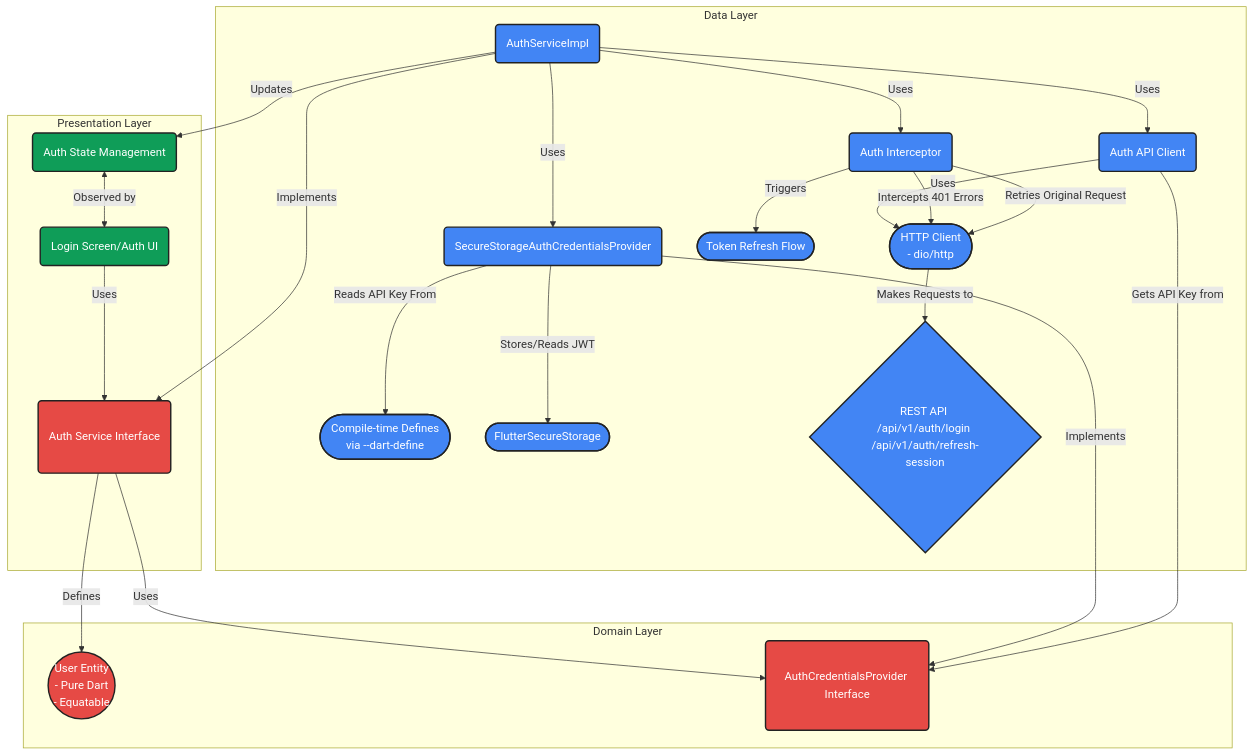
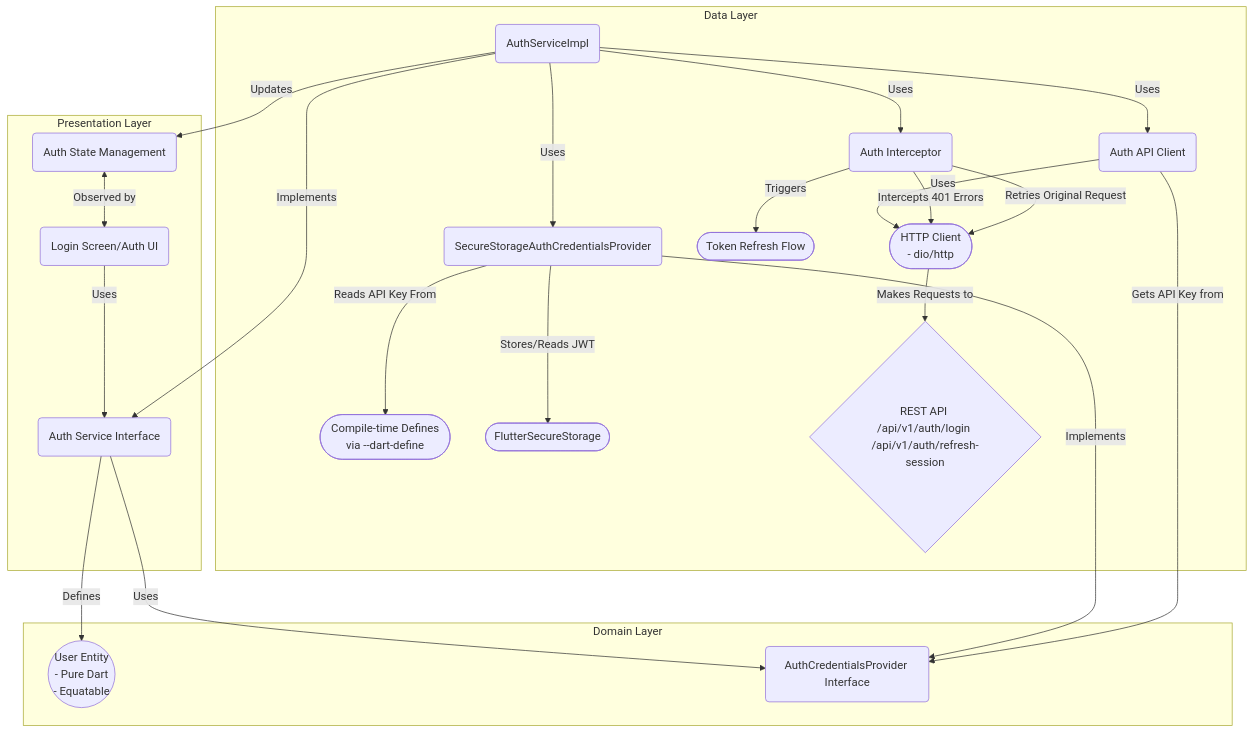
Before and after one commit to MediScribe/docjet-mobile: the first of 3 diagrams in docs/current/auth_architecture.md, drawn with Mermaid. The commit also changed other lines of this file and 3 other files, not shown here.

````diff
--- a/docs/current/auth_architecture.md
+++ b/docs/current/auth_architecture.md
@@ -9,43 +9,39 @@
 ```mermaid
+%%{init: {'theme': 'default'}}%%
 graph TD
     subgraph "Presentation Layer"
         UI(Login Screen/Auth UI) -->|Uses| AuthService(Auth Service Interface)
         AuthState(Auth State Management) <-->|Observed by| UI
     end
 
     subgraph "Domain Layer"
         AuthService -->|Defines| User((User Entity<br>- Pure Dart<br>- Equatable))
         AuthService -->|Uses| AuthCredProvider(AuthCredentialsProvider Interface)
     end
 
     subgraph "Data Layer"
         AuthServiceImpl(AuthServiceImpl) -->|Implements| AuthService
         AuthServiceImpl -->|Uses| AuthApiClient(Auth API Client)
         AuthServiceImpl -->|Updates| AuthState
         AuthServiceImpl -->|Uses| AuthCredProviderImpl(SecureStorageAuthCredentialsProvider)
         AuthServiceImpl -->|Uses| AuthInterceptor(Auth Interceptor)
         
         AuthCredProviderImpl -->|Implements| AuthCredProvider
         AuthCredProviderImpl -->|Reads API Key From| CompileDefines([Compile-time Defines<br>via --dart-define])
         AuthCredProviderImpl -->|Stores/Reads JWT| SecureStorage([FlutterSecureStorage])
         
         AuthApiClient -->|Uses| HttpClient([HTTP Client<br>- dio/http])
         AuthApiClient -->|Gets API Key from| AuthCredProvider
         
         AuthInterceptor -->|Intercepts 401 Errors| HttpClient
         AuthInterceptor -->|Triggers| TokenRefresh([Token Refresh Flow])
         AuthInterceptor -->|Retries Original Request| HttpClient
         
         HttpClient -->|Makes Requests to| AuthAPI{REST API /api/v1/auth/login /api/v1/auth/refresh-session}
     end
 
     %% Styling with improved contrast
-    classDef domain fill:#E64A45,stroke:#222,stroke-width:2px,color:#fff,padding:15px;
-    classDef data fill:#4285F4,stroke:#222,stroke-width:2px,color:#fff;
-    classDef presentation fill:#0F9D58,stroke:#222,stroke-width:2px,color:#fff;
-    classDef external fill:#9E9E9E,stroke:#222,stroke-width:1px,color:#fff;
-
     class UI,AuthState presentation;
     class AuthService,User,AuthCredProvider domain;
     class AuthServiceImpl,AuthCredProviderImpl,SecureStorage,HttpClient,AuthAPI,AuthApiClient,AuthInterceptor,TokenRefresh,CompileDefines data;
 ```
````
